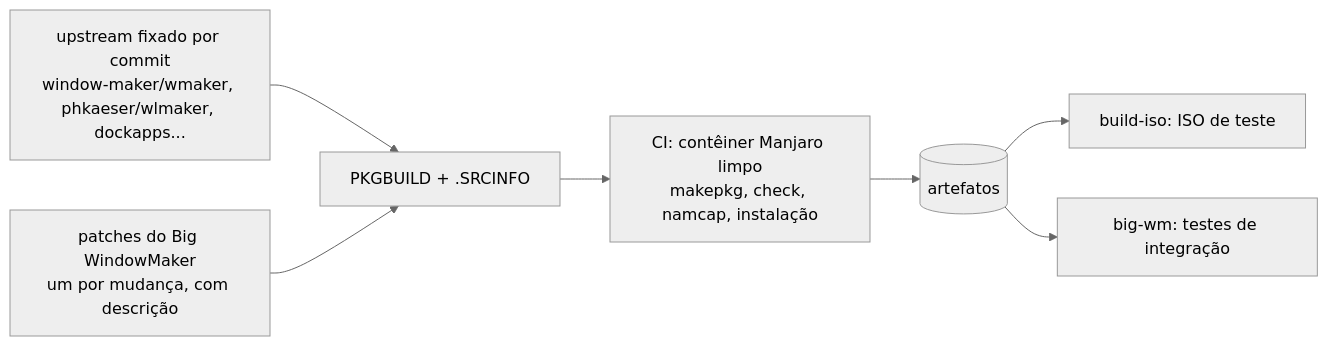
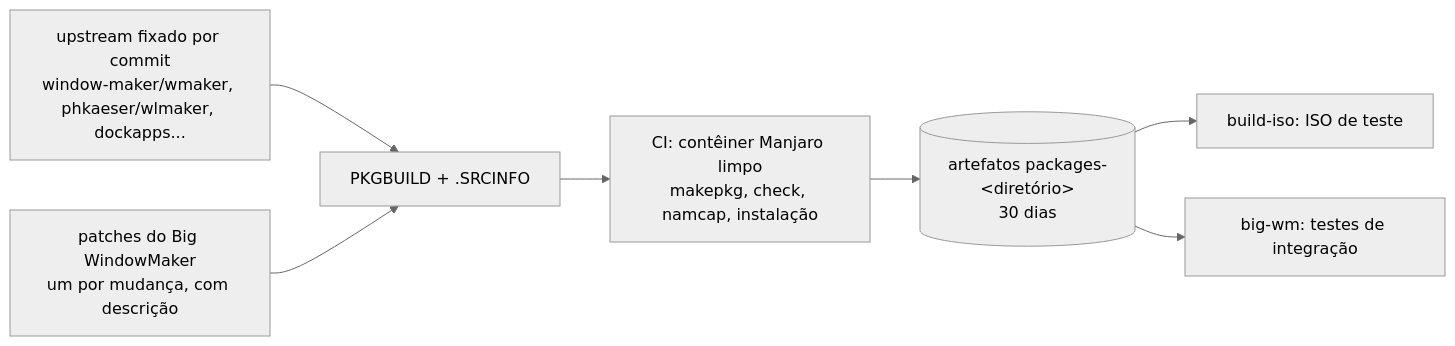
Before and after one commit to big-windowmaker/packages: the diagram in README.md, drawn with Mermaid (neutral theme). The commit also changed other lines of this file and 3 other files, not shown here.

````diff
--- a/README.md
+++ b/README.md
@@ -73,9 +91,9 @@
 ```mermaid
 flowchart LR
   U[upstream fixado por commit<br/>window-maker/wmaker, phkaeser/wlmaker, dockapps...] --> P
   PT[patches do Big WindowMaker<br/>um por mudança, com descrição] --> P
   P[PKGBUILD + .SRCINFO] --> CI[CI: contêiner Manjaro limpo<br/>makepkg, check, namcap, instalação]
-  CI --> A[(artefatos)]
+  CI --> A[(artefatos packages-&lt;diretório&gt;<br/>30 dias)]
   A --> ISO[build-iso: ISO de teste]
   A --> IT[big-wm: testes de integração]
 ```
````
